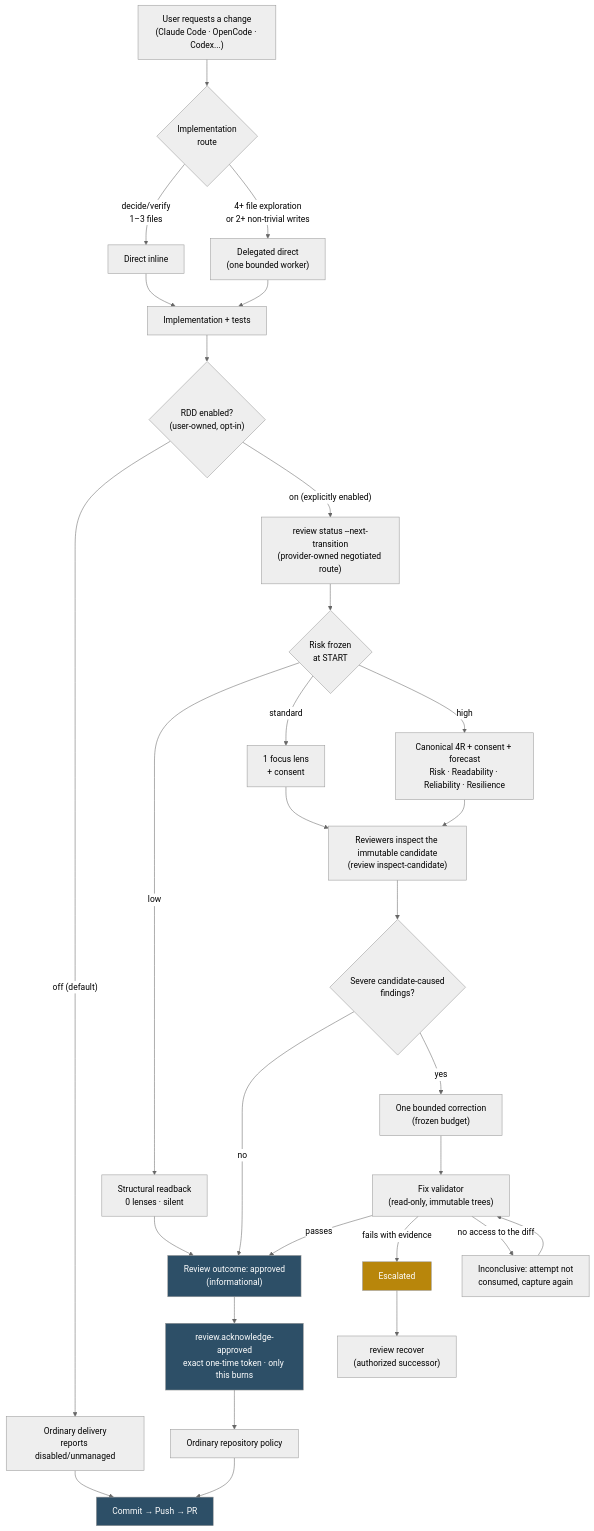
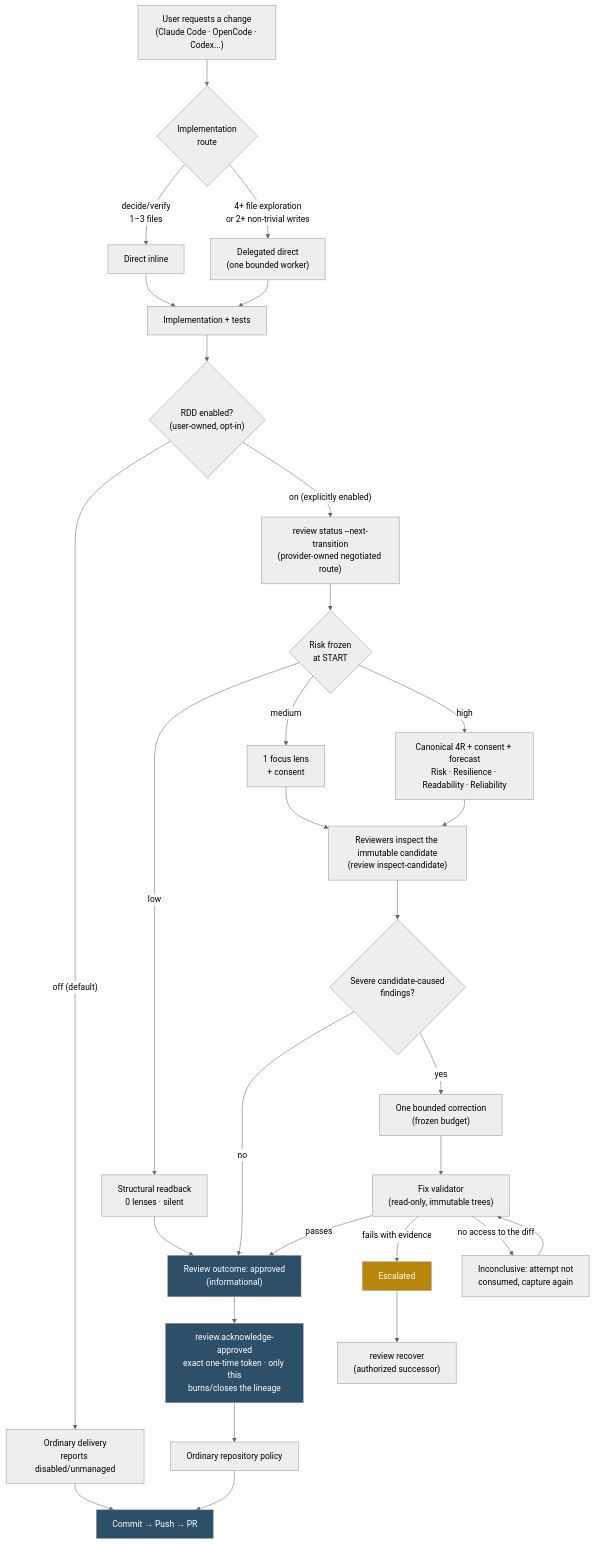
Before and after one commit to ElCaaarnal/gentle-ai: the second of 2 diagrams in README.md, drawn with Mermaid (neutral theme). The commit also changed other lines of this file, not shown here.

````diff
--- a/README.md
+++ b/README.md
@@ -357,36 +363,36 @@
 ```mermaid
 flowchart TD
     A["User requests a change<br/>(Claude Code · OpenCode · Codex...)"] --> B{"Implementation<br/>route"}
     B -->|"decide/verify<br/>1–3 files"| C["Direct inline"]
     B -->|"4+ file exploration<br/>or 2+ non-trivial writes"| D["Delegated direct<br/>(one bounded worker)"]
     C --> E["Implementation + tests"]
     D --> E
     E --> F{"RDD enabled?<br/>(user-owned, opt-in)"}
     F -->|"off (default)"| Z["Ordinary delivery<br/>reports disabled/unmanaged"]
     F -->|"on (explicitly enabled)"| G["review status --next-transition<br/>(provider-owned negotiated route)"]
     G --> H{"Risk frozen<br/>at START"}
     H -->|"low"| I["Structural readback<br/>0 lenses · silent"]
-    H -->|"standard"| J["1 focus lens<br/>+ consent"]
-    H -->|"high"| K["Canonical 4R + consent + forecast<br/>Risk · Readability · Reliability · Resilience"]
+    H -->|"medium"| J["1 focus lens<br/>+ consent"]
+    H -->|"high"| K["Canonical 4R + consent + forecast<br/>Risk · Resilience · Readability · Reliability"]
     J --> L["Reviewers inspect the immutable candidate<br/>(review inspect-candidate)"]
     K --> L
     L --> M{"Severe candidate-caused<br/>findings?"}
     I --> N["Review outcome: approved<br/>(informational)"]
     M -->|"no"| N
     M -->|"yes"| O["One bounded correction<br/>(frozen budget)"]
     O --> P["Fix validator<br/>(read-only, immutable trees)"]
     P -->|"passes"| N
     P -->|"fails with evidence"| Q["Escalated"]
     P -->|"no access to the diff"| R["Inconclusive: attempt not<br/>consumed, capture again"]
     R --> P
     Q --> S["review recover<br/>(authorized successor)"]
-    N --> AK["review.acknowledge-approved<br/>exact one-time token · only this burns"]
+    N --> AK["review.acknowledge-approved<br/>exact one-time token · only this<br/>burns/closes the lineage"]
     AK --> T["Ordinary repository policy"]
     T --> U["Commit → Push → PR"]
     Z --> U
 
     style N fill:#2D4F67,color:#fff
     style AK fill:#2D4F67,color:#fff
     style Q fill:#B8860B,color:#fff
     style U fill:#2D4F67,color:#fff
 ```
````
